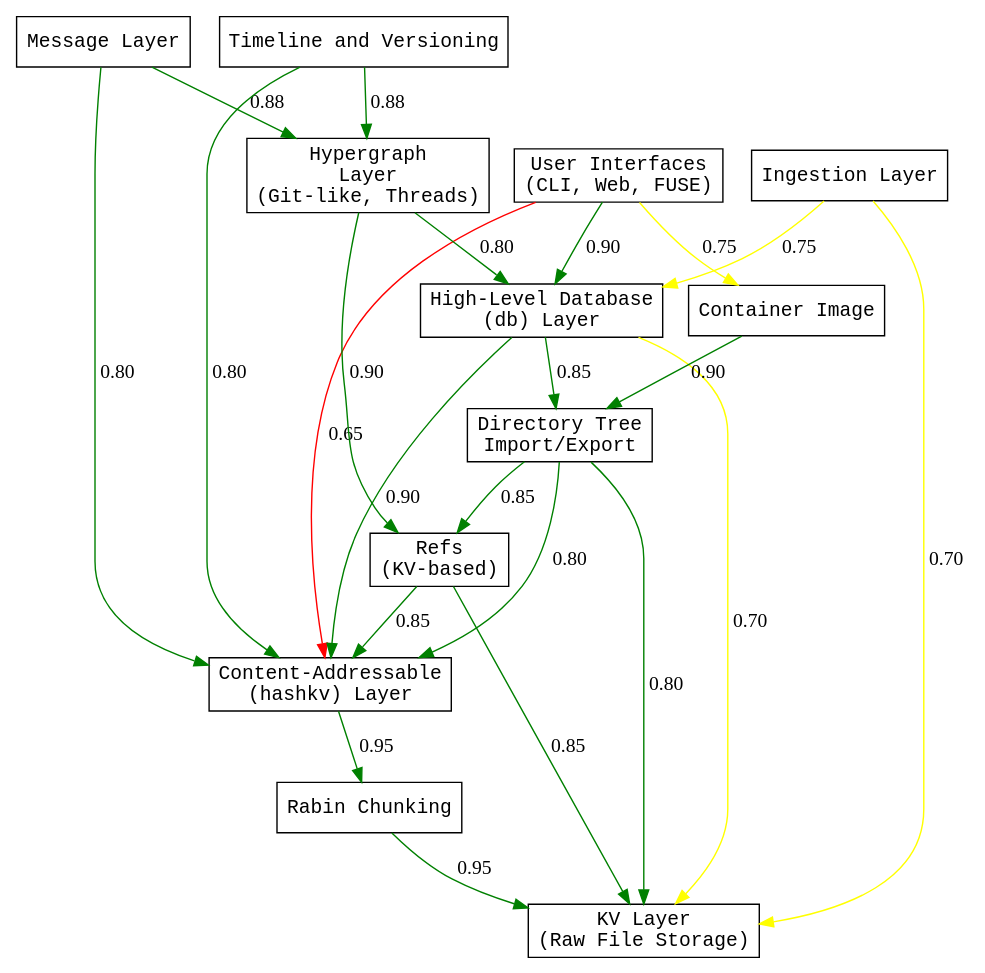
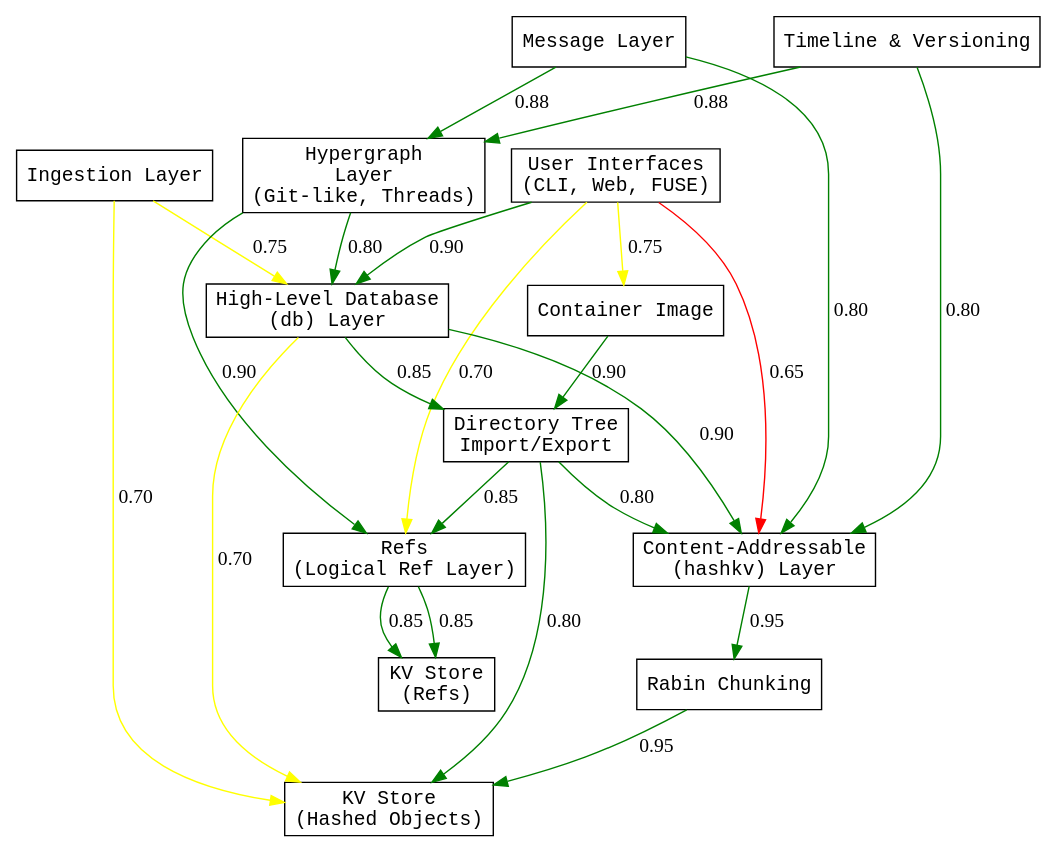
The diagram in x/layers.dot (stevegt/promisebase), drawn with Graphviz before and after one commit. The commit also changed 2 other files, not shown here.

Commit message:
revise layers.dot
Imagine more alternative designs for the layering of the system. The
result should look like a graph with multiple roots and multiple
leaves.  Color each edge by the estimated probability that the
combination of layers will work well together, with green for the most
promising combinations and red for the least promising combinations.

- Show two kv stores -- one for refs and the other for hashed objects.
- the refs layer points at the refs kv store
- the hashkv layer points at the hashed objects kv store
- rabin chunking is above hashkv and points at hashkv

```diff
--- a/x/layers.dot
+++ b/x/layers.dot
@@ -1,56 +1,58 @@
 digraph Layers {
   rankdir=TB;
   node [shape=box, style=filled, fillcolor=white,
   fontname="monospace"];
 
   UI [label="User Interfaces\n(CLI, Web, FUSE)"];
   Message [label="Message Layer"];
-  Timeline [label="Timeline and Versioning"];
+  Timeline [label="Timeline & Versioning"];
   Ingest [label="Ingestion Layer"];
   HGraph [label="Hypergraph\nLayer\n(Git-like, Threads)"];
   DB [label="High-Level Database\n(db) Layer"];
-  Refs [label="Refs\n(KV-based)"];
+  Refs [label="Refs\n(Logical Ref Layer)"];
   HashKV [label="Content-Addressable\n(hashkv) Layer"];
   Rabin [label="Rabin Chunking"];
-  KV [label="KV Layer\n(Raw File Storage)"];
+  KV_Hashed [label="KV Store\n(Hashed Objects)"];
+  KV_Refs [label="KV Store\n(Refs)"];
   DirTree [label="Directory Tree\nImport/Export"];
   ContainerImage [label="Container Image"];
 
-  // Multiple roots with no incoming edges.
+  // Primary flows from multiple roots.
   UI -> DB [label="0.90", color="green"];
   Message -> HGraph [label="0.88", color="green"];
   Timeline -> HGraph [label="0.88", color="green"];
   Ingest -> DB [label="0.75", color="yellow"];
   HGraph -> DB [label="0.80", color="green"];
 
   // Alternative connections from roots.
   UI -> HashKV [label="0.65", color="red"];
   Message -> HashKV [label="0.80", color="green"];
   Timeline -> HashKV [label="0.80", color="green"];
-  Ingest -> KV [label="0.70", color="yellow"];
+  Ingest -> KV_Hashed [label="0.70", color="yellow"];
+  UI -> Refs [label="0.70", color="yellow"];
 
-  // Ref integration via storage backends.
-  Refs -> HashKV [label="0.85", color="green"];
-  Refs -> KV [label="0.85", color="green"];
+  // Ref integration via storage backend.
   HGraph -> Refs [label="0.90", color="green"];
+  Refs -> KV_Refs [label="0.85", color="green"];
 
-  // Primary flow from DB downwards.
+  // High-level DB flows.
   DB -> HashKV [label="0.90", color="green"];
-  DB -> KV [label="0.70", color="yellow"];
+  DB -> KV_Hashed [label="0.70", color="yellow"];
 
-  // Introduce Rabin Chunking layer between HashKV and KV.
+  // Rabin chunking is placed above hashkv.
   HashKV -> Rabin [label="0.95", color="green"];
-  Rabin -> KV [label="0.95", color="green"];
+  Rabin -> KV_Hashed [label="0.95", color="green"];
 
-  // Directory tree import/export module.
+  // Directory tree module integrates with several layers.
   DB -> DirTree [label="0.85", color="green"];
-  DirTree -> KV [label="0.80", color="green"];
+  DirTree -> KV_Hashed [label="0.80", color="green"];
   DirTree -> HashKV [label="0.80", color="green"];
   DirTree -> Refs [label="0.85", color="green"];
 
-  // Container image layer pointing to directory tree.
+  // Container image layer as an alternative UI leaf.
   UI -> ContainerImage [label="0.75", color="yellow"];
   ContainerImage -> DirTree [label="0.90", color="green"];
 
-  // Flow from HashKV to KV storage is now via Rabin.
+  // Alternative paths from Refs directly to KV.
+  Refs -> KV_Refs [label="0.85", color="green"];
 }
```
